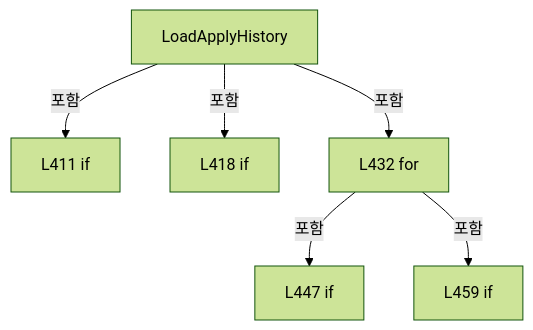
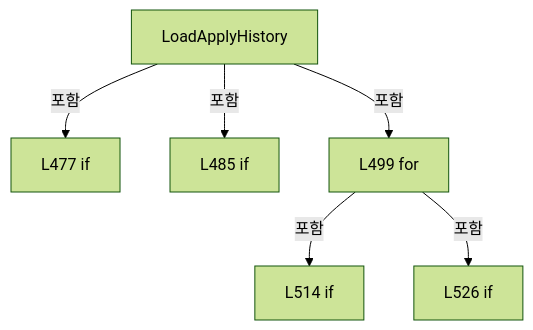
One commit to kjuws10-rgb/Shared changed the tenth of 19 diagrams in A3 LD Code Ref/files/Drilling.File/ReviewOffset/CReviewOffsetFile.cs.md. Above: the diagram before and after it, drawn with Mermaid (forest theme). The commit also changed other lines of this file and 2071 other files, not shown here.

Commit message:
docs(a3): update 11.19.0 architecture and code reference

````diff
--- a/A3 LD Code Ref/files/Drilling.File/ReviewOffset/CReviewOffsetFile.cs.md
+++ b/A3 LD Code Ref/files/Drilling.File/ReviewOffset/CReviewOffsetFile.cs.md
@@ -1357,14 +1486,14 @@
 ```mermaid
 flowchart TD
  M["LoadApplyHistory"]
- N0["L411 if"]
+ N0["L477 if"]
  M -->|포함| N0
- N1["L418 if"]
+ N1["L485 if"]
  M -->|포함| N1
- N2["L432 for"]
+ N2["L499 for"]
  M -->|포함| N2
- N3["L447 if"]
+ N3["L514 if"]
  N2 -->|포함| N3
- N4["L459 if"]
+ N4["L526 if"]
  N2 -->|포함| N4
 ```
````
